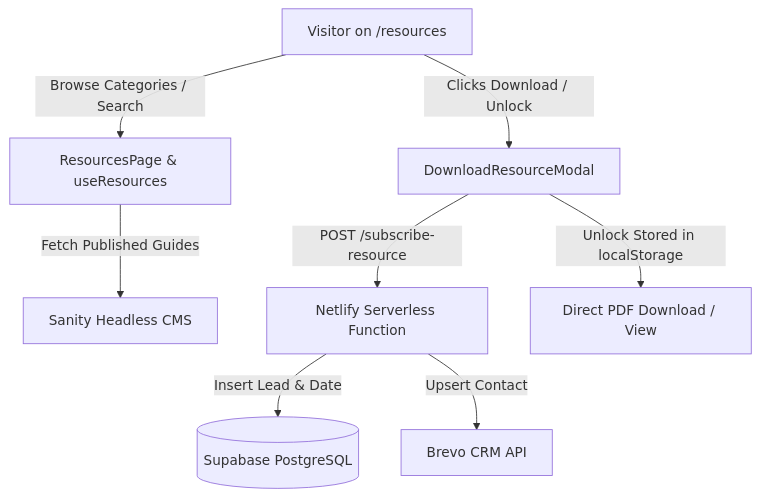
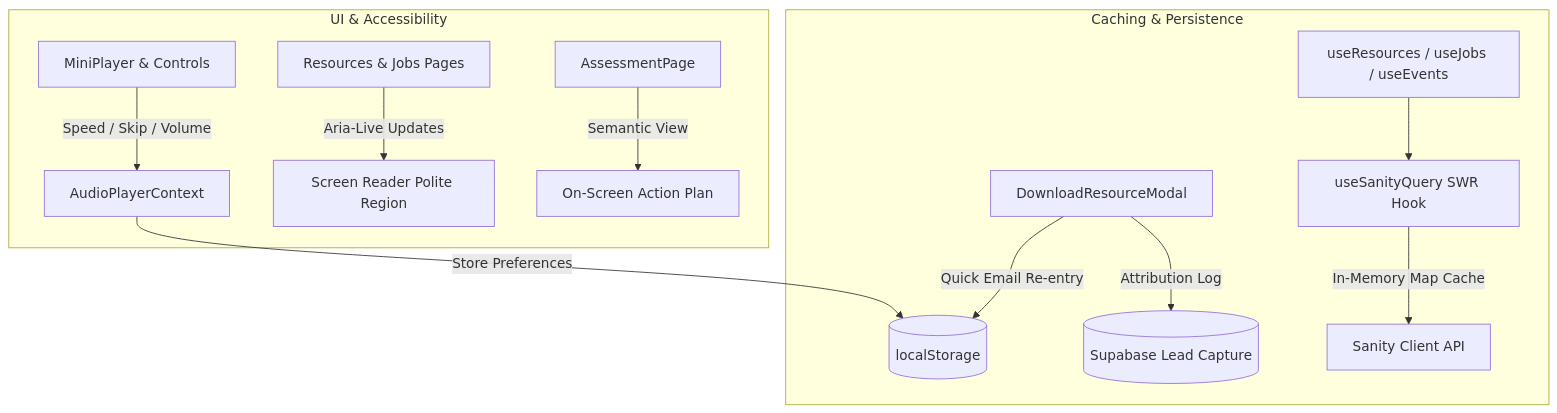
Before and after one commit to unlockhertech/unlockhertech-fe: the diagram in .junie/plans/supabase-data-capture-and-multi-category-resources.md, drawn with Mermaid. The commit also changed other lines of this file and 75 other files, not shown here.

````diff
--- a/.junie/plans/supabase-data-capture-and-multi-category-resources.md
+++ b/.junie/plans/supabase-data-capture-and-multi-category-resources.md
@@ -207,10 +152,16 @@
 ```mermaid
 graph TD
-    A[Visitor on /resources] -->|Browse Categories / Search| B[ResourcesPage & useResources]
-    B -->|Fetch Published Guides| C[Sanity Headless CMS]
-    A -->|Clicks Download / Unlock| D[DownloadResourceModal]
-    D -->|POST /subscribe-resource| E[Netlify Serverless Function]
-    E -->|Insert Lead & Date| F[(Supabase PostgreSQL)]
-    E -->|Upsert Contact| G[Brevo CRM API]
-    D -->|Unlock Stored in localStorage| H[Direct PDF Download / View]
+    subgraph UI & Accessibility
+        A[MiniPlayer & Controls] -->|Speed / Skip / Volume| AP[AudioPlayerContext]
+        R[Resources & Jobs Pages] -->|Aria-Live Updates| SR[Screen Reader Polite Region]
+        AS[AssessmentPage] -->|Semantic View| OP[On-Screen Action Plan]
+    end
+
+    subgraph Caching & Persistence
+        AP -->|Store Preferences| LS[(localStorage)]
+        M[DownloadResourceModal] -->|Quick Email Re-entry| LS
+        M -->|Attribution Log| SB[(Supabase Lead Capture)]
+        RQ[useResources / useJobs / useEvents] --> SQ[useSanityQuery SWR Hook]
+        SQ -->|In-Memory Map Cache| SC[Sanity Client API]
+    end
 ```
````
